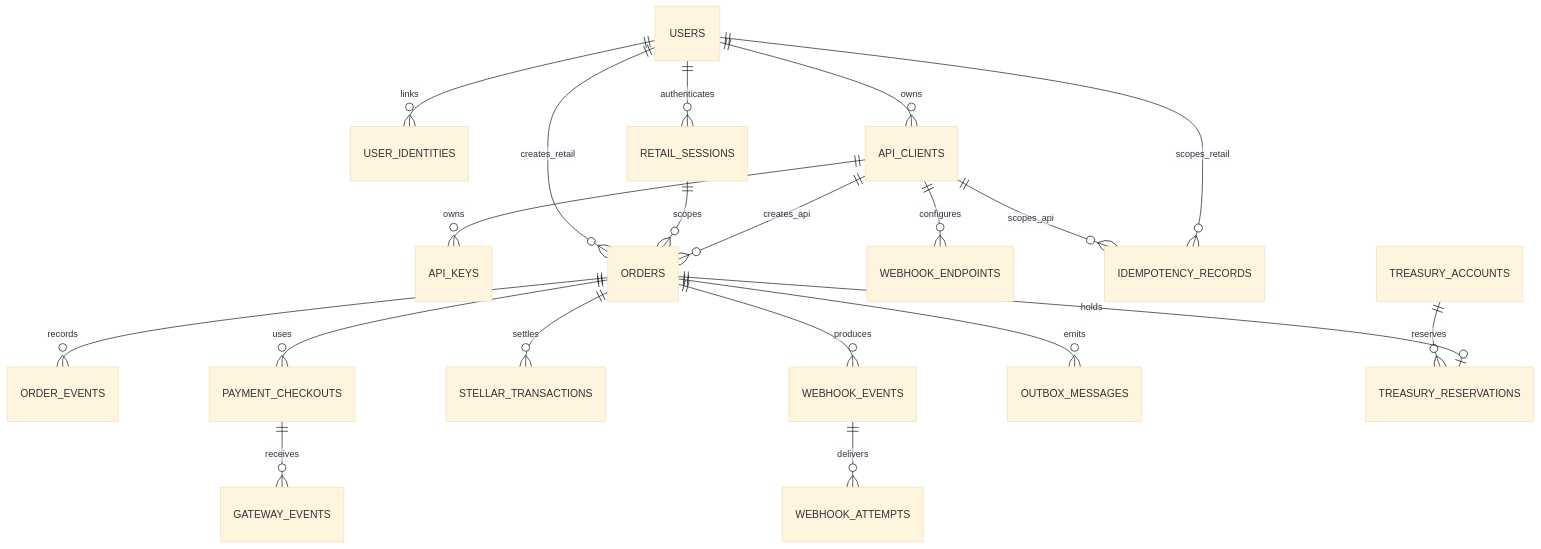
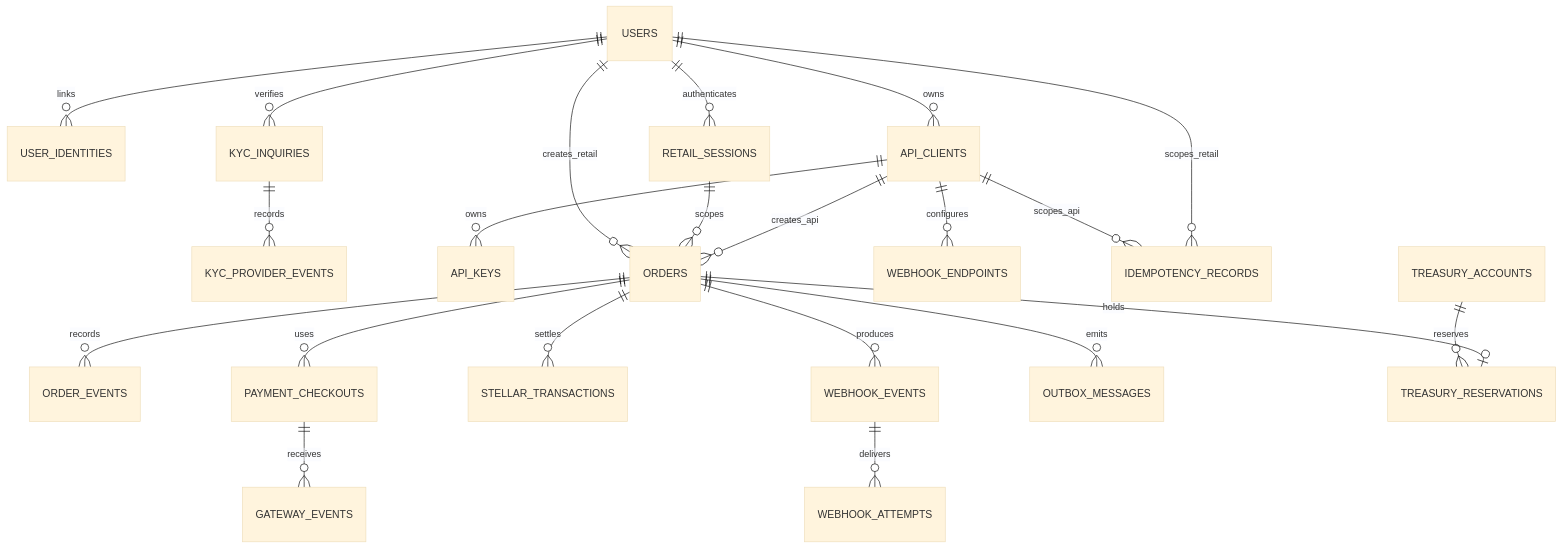
Before and after one commit to kailopay/kailo-be: the diagram in documentations/backend/DATABASE-DESIGN.md, drawn with Mermaid (base theme). The commit also changed other lines of this file and 33 other files, not shown here.

````diff
--- a/documentations/backend/DATABASE-DESIGN.md
+++ b/documentations/backend/DATABASE-DESIGN.md
@@ -41,22 +47,24 @@
 ```mermaid
 erDiagram
     USERS ||--o{ USER_IDENTITIES : links
     USERS ||--o{ RETAIL_SESSIONS : authenticates
     USERS ||--o{ API_CLIENTS : owns
+    USERS ||--o{ KYC_INQUIRIES : verifies
+    KYC_INQUIRIES ||--o{ KYC_PROVIDER_EVENTS : records
     API_CLIENTS ||--o{ API_KEYS : owns
     USERS ||--o{ ORDERS : creates_retail
     RETAIL_SESSIONS ||--o{ ORDERS : scopes
     API_CLIENTS ||--o{ ORDERS : creates_api
     ORDERS ||--o{ ORDER_EVENTS : records
     ORDERS ||--o{ PAYMENT_CHECKOUTS : uses
     PAYMENT_CHECKOUTS ||--o{ GATEWAY_EVENTS : receives
     ORDERS ||--o{ STELLAR_TRANSACTIONS : settles
     API_CLIENTS ||--o{ WEBHOOK_ENDPOINTS : configures
     ORDERS ||--o{ WEBHOOK_EVENTS : produces
     WEBHOOK_EVENTS ||--o{ WEBHOOK_ATTEMPTS : delivers
     API_CLIENTS ||--o{ IDEMPOTENCY_RECORDS : scopes_api
     USERS ||--o{ IDEMPOTENCY_RECORDS : scopes_retail
     ORDERS ||--o{ OUTBOX_MESSAGES : emits
     TREASURY_ACCOUNTS ||--o{ TREASURY_RESERVATIONS : reserves
     ORDERS ||--o| TREASURY_RESERVATIONS : holds
 ```
````
